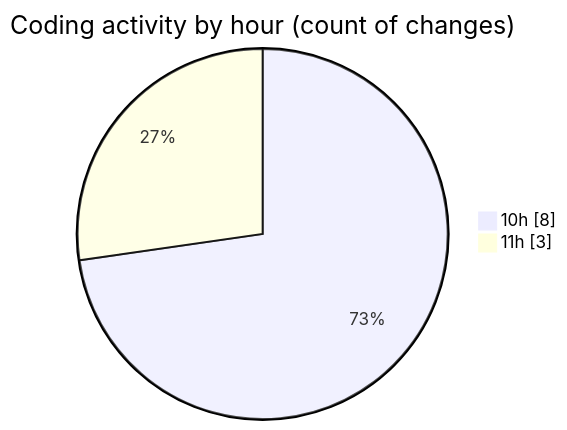
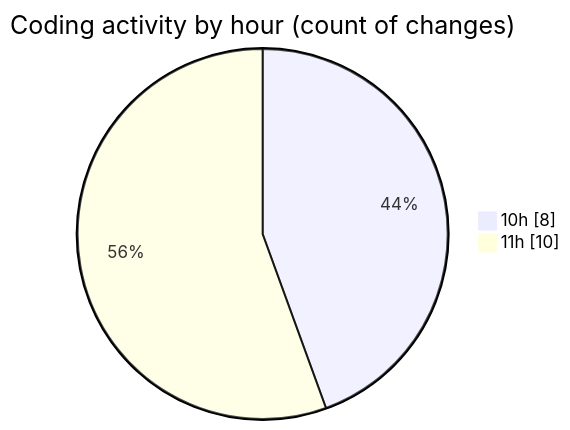
One commit to nxtqubesakshisongat/code-tracking changed the second of 2 diagrams in 2025-08-22/nxtqube_webapp/README.md. Above: the diagram before and after it, drawn with Mermaid. The commit also changed other lines of this file and 1 other file, not shown here.

````diff
--- a/2025-08-22/nxtqube_webapp/README.md
+++ b/2025-08-22/nxtqube_webapp/README.md
@@ -28,6 +28,6 @@
 ```mermaid
 pie showData
 title Coding activity by hour (count of changes)
 "10h" : 8
-"11h" : 3
+"11h" : 10
 ```
````
